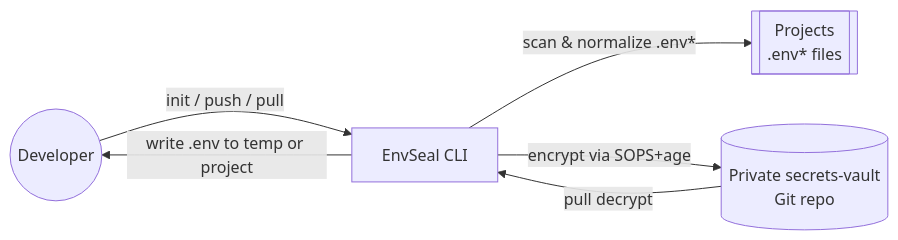
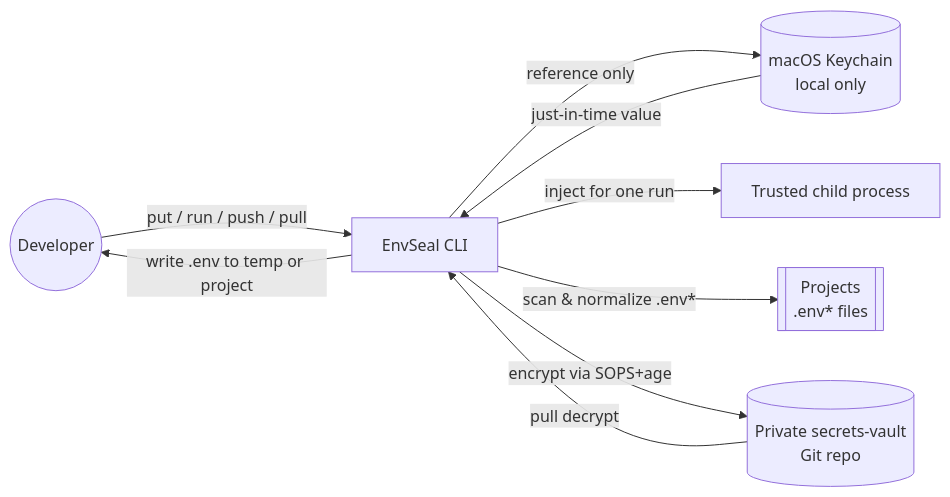
The first of 2 diagrams in README.md (chicogong/envseal), drawn with Mermaid before and after one commit. The commit also changed other lines of this file and 16 other files, not shown here.

````diff
--- a/README.md
+++ b/README.md
@@ -57,12 +58,17 @@
 ```mermaid
 graph LR
   Dev((Developer))
   CLI[EnvSeal CLI]
   Repos[[Projects<br/>.env* files]]
+  Keychain[(macOS Keychain<br/>local only)]
   Vault[(Private secrets-vault<br/>Git repo)]
-  Dev -->|init / push / pull| CLI
+  Process[Trusted child process]
+  Dev -->|put / run / push / pull| CLI
+  CLI -->|reference only| Keychain
+  Keychain -->|just-in-time value| CLI
+  CLI -->|inject for one run| Process
   CLI -->|scan & normalize .env*| Repos
   CLI -->|encrypt via SOPS+age| Vault
   Vault -->|pull decrypt| CLI
   CLI -->|write .env to temp or project| Dev
 ```
````
